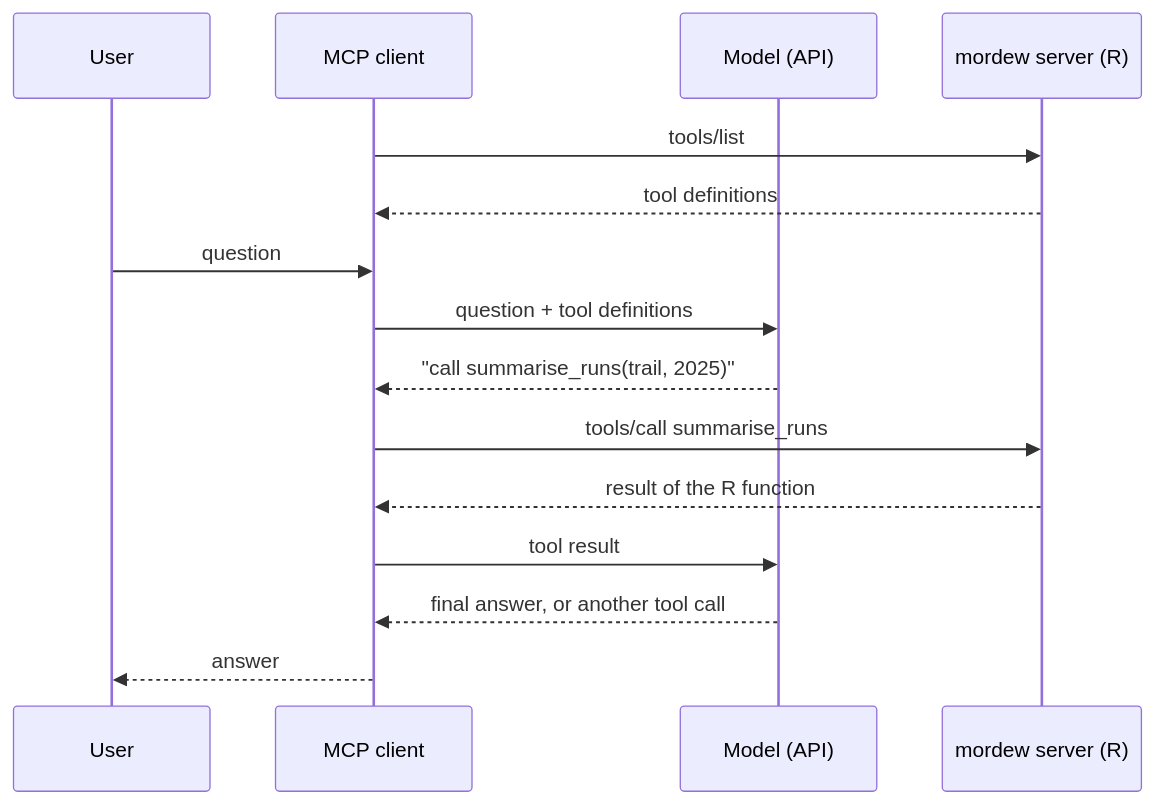
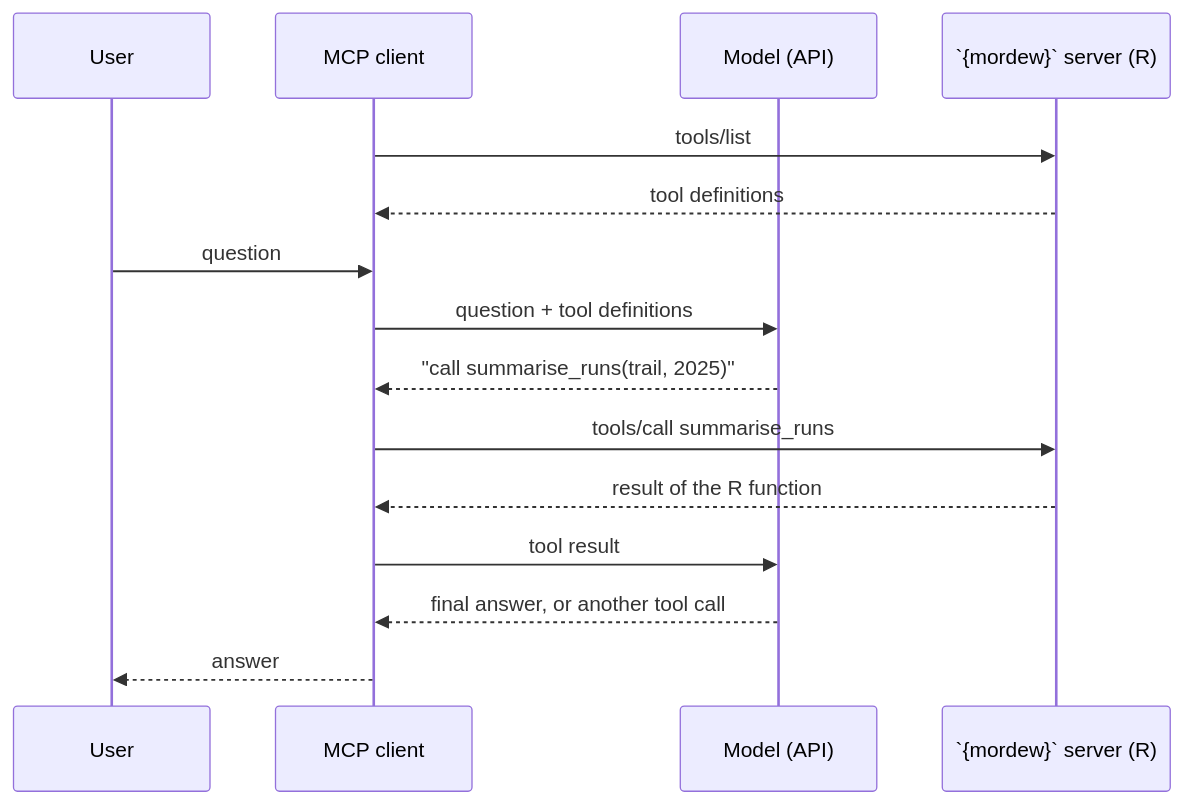
Before and after one commit to ThinkR-open/mordew: the first of 4 diagrams in README.md, drawn with Mermaid. The commit also changed other lines of this file, not shown here.

````diff
--- a/README.md
+++ b/README.md
@@ -186,17 +186,17 @@
 ```mermaid
 sequenceDiagram
   participant U as User
   participant C as MCP client
   participant M as Model (API)
-  participant S as mordew server (R)
+  participant S as `{mordew}` server (R)
   C->>S: tools/list
   S-->>C: tool definitions
   U->>C: question
   C->>M: question + tool definitions
   M-->>C: "call summarise_runs(trail, 2025)"
   C->>S: tools/call summarise_runs
   S-->>C: result of the R function
   C->>M: tool result
   M-->>C: final answer, or another tool call
   C-->>U: answer
 ```
````
